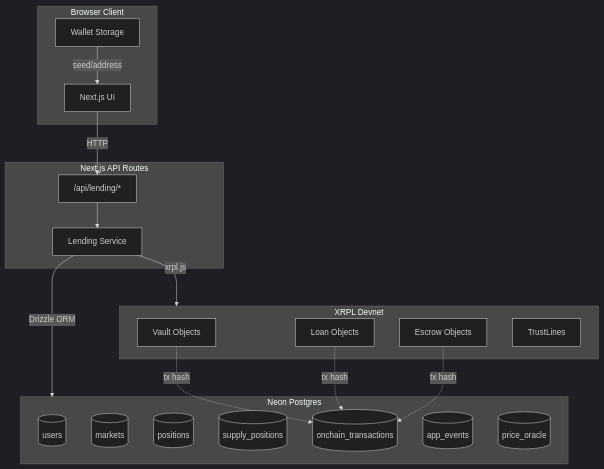
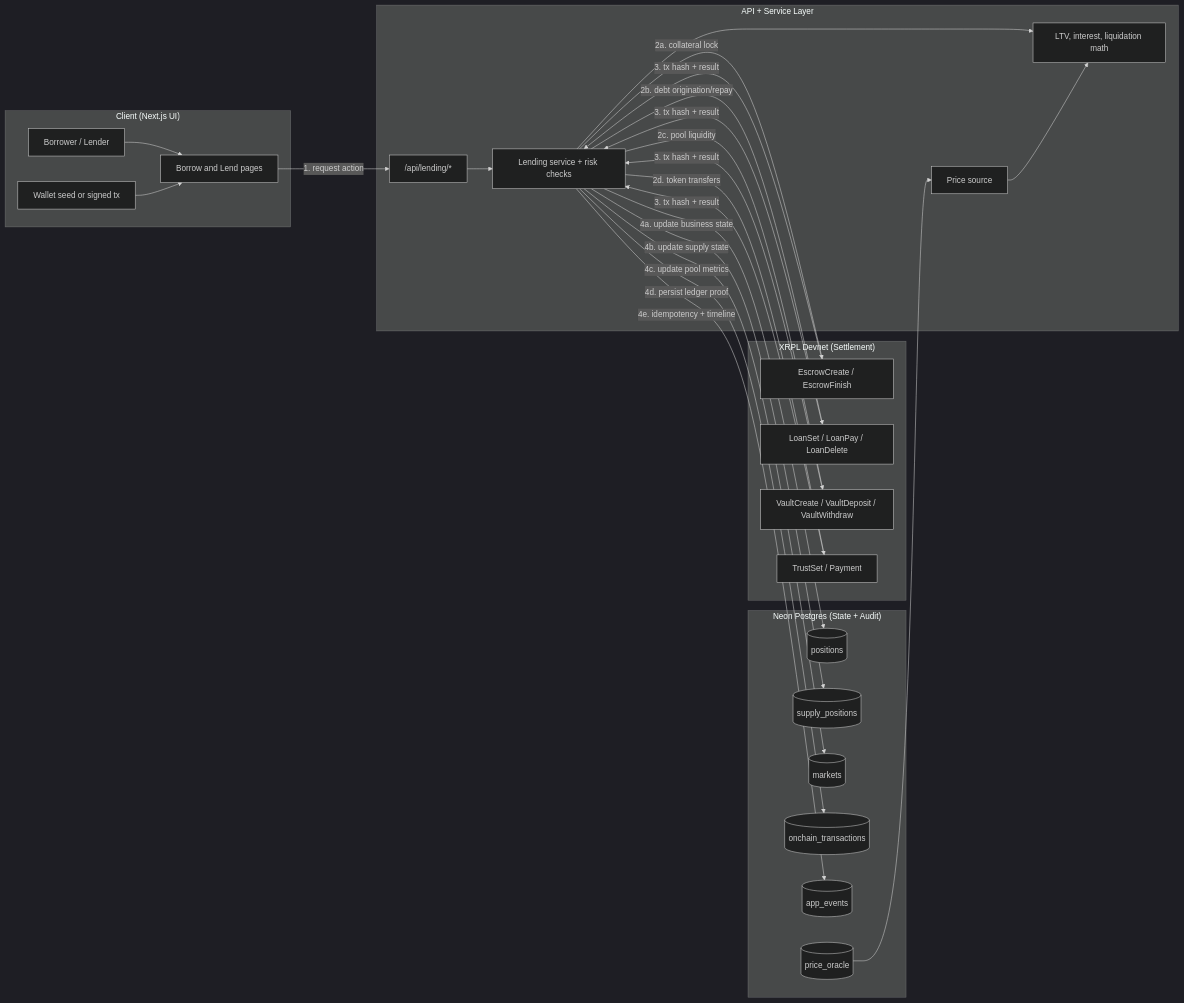
The first of 3 diagrams in README.md (tawago/laplace-mvp), drawn with Mermaid (dark theme) before and after one commit. The commit also changed other lines of this file, not shown here.

Commit message:
codex revise

````diff
--- a/README.md
+++ b/README.md
@@ -38,39 +38,55 @@
 ```mermaid
-flowchart TB
-    subgraph Client["Browser Client"]
-        UI[Next.js UI]
-        WS[Wallet Storage]
+flowchart LR
+    subgraph FE["Client (Next.js UI)"]
+        U[Borrower / Lender]
+        UI[Borrow and Lend pages]
+        WALLET[Wallet seed or signed tx]
     end
 
-    subgraph Server["Next.js API Routes"]
+    subgraph BE["API + Service Layer"]
         API["/api/lending/*"]
-        SVC[Lending Service]
+        SVC[Lending service + risk checks]
+        CALC[LTV, interest, liquidation math]
+        ORACLE[Price source]
     end
 
-    subgraph XRPL["XRPL Devnet"]
-        VLT[Vault Objects]
-        LN[Loan Objects]
-        ESC[Escrow Objects]
-        TL[TrustLines]
+    subgraph LEDGER["XRPL Devnet (Settlement)"]
+        ESC[EscrowCreate / EscrowFinish]
+        LOAN[LoanSet / LoanPay / LoanDelete]
+        VAULT[VaultCreate / VaultDeposit / VaultWithdraw]
+        TOKENS[TrustSet / Payment]
     end
 
-    subgraph DB["Neon Postgres"]
-        USR[(users)]
+    subgraph DATA["Neon Postgres (State + Audit)"]
+        POS[(positions)]
+        SUP[(supply_positions)]
         MKT[(markets)]
-        POS[(positions)]
-        SPP[(supply_positions)]
-        TXN[(onchain_transactions)]
+        TX[(onchain_transactions)]
         EVT[(app_events)]
-        ORC[(price_oracle)]
+        PR[(price_oracle)]
     end
 
-    UI -->|HTTP| API
-    WS -->|seed/address| UI
+    U --> UI
+    WALLET --> UI
+    UI -->|1. request action| API
     API --> SVC
-    SVC -->|xrpl.js| XRPL
-    SVC -->|Drizzle ORM| DB
+    SVC --> CALC
+    ORACLE --> CALC
+    PR --> ORACLE
 
-    VLT -.->|tx hash| TXN
-    LN -.->|tx hash| TXN
-    ESC -.->|tx hash| TXN
+    SVC -->|2a. collateral lock| ESC
+    SVC -->|2b. debt origination/repay| LOAN
+    SVC -->|2c. pool liquidity| VAULT
+    SVC -->|2d. token transfers| TOKENS
+
+    ESC -->|3. tx hash + result| SVC
+    LOAN -->|3. tx hash + result| SVC
+    VAULT -->|3. tx hash + result| SVC
+    TOKENS -->|3. tx hash + result| SVC
+
+    SVC -->|4a. update business state| POS
+    SVC -->|4b. update supply state| SUP
+    SVC -->|4c. update pool metrics| MKT
+    SVC -->|4d. persist ledger proof| TX
+    SVC -->|4e. idempotency + timeline| EVT
 ```
````
